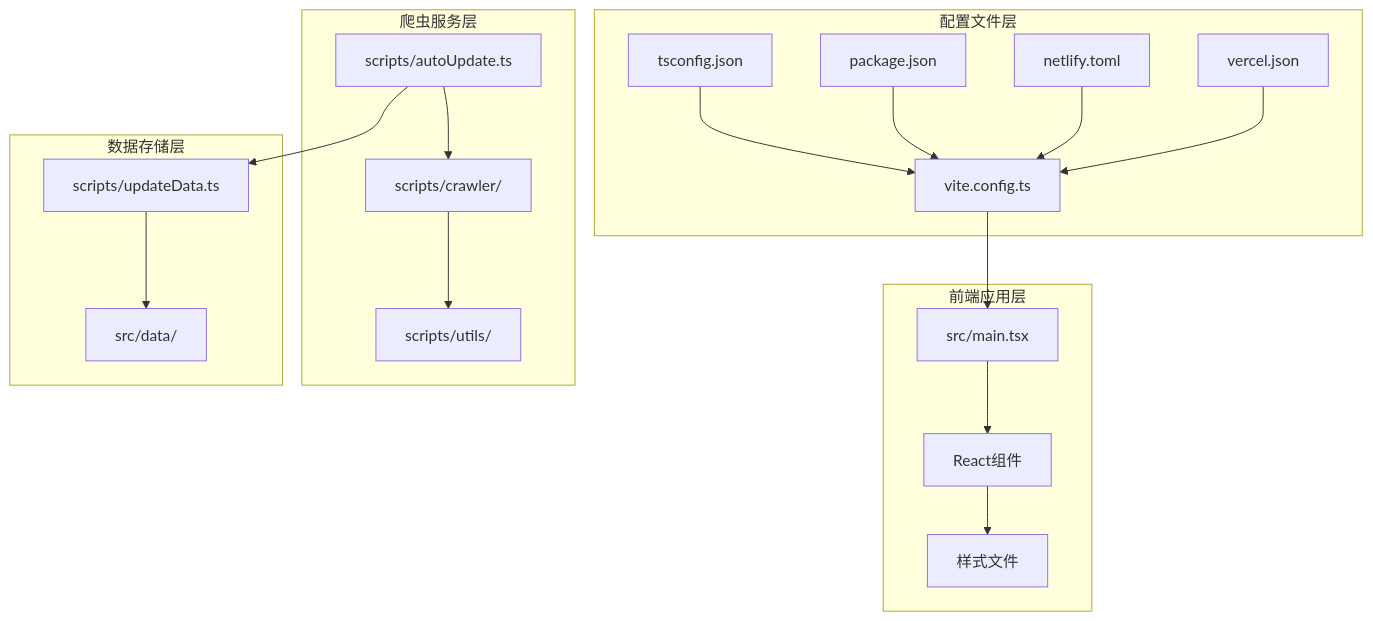
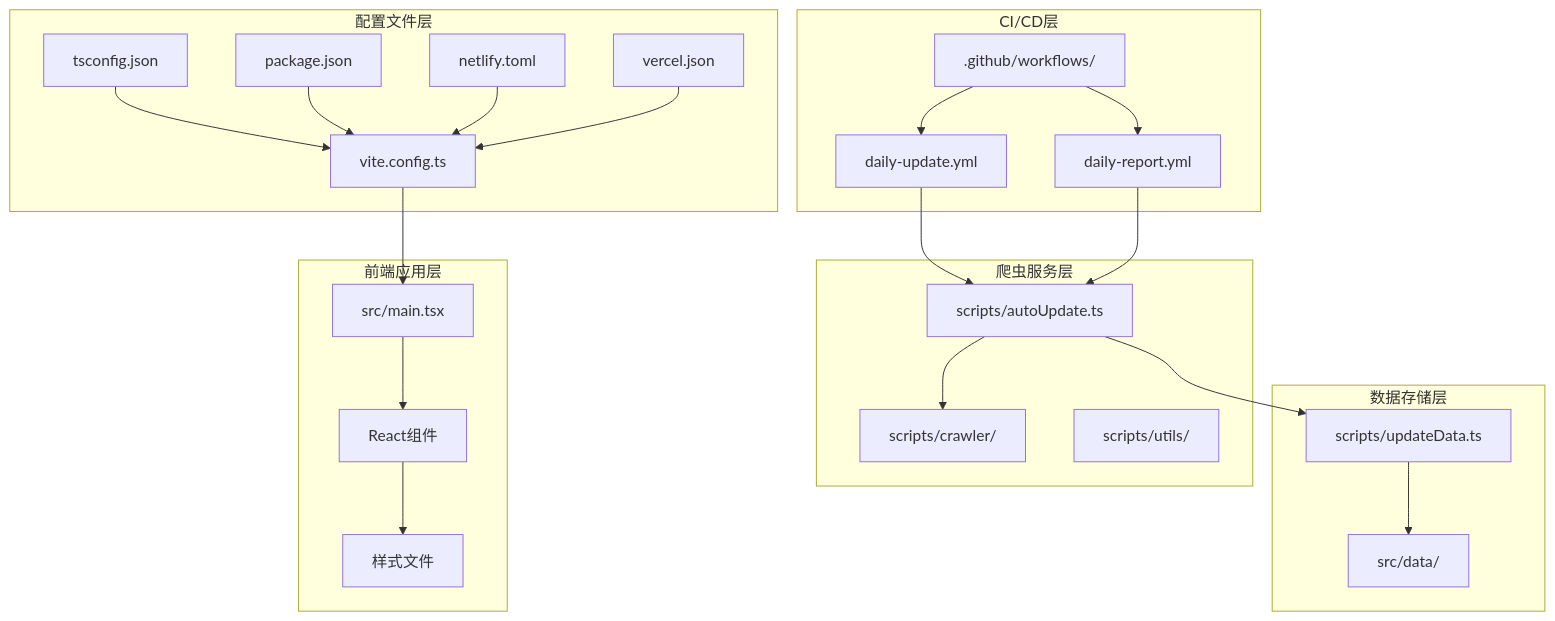
The first of 8 diagrams in .qoder/repowiki/zh/content/部署与维护/现代化部署配置.md (liangxuanliang-cmd/carbon-info-agent), drawn with Mermaid before and after one commit. The commit also changed other lines of this file and 5 other files, not shown here.

````diff
--- a/.qoder/repowiki/zh/content/部署与维护/现代化部署配置.md
+++ b/.qoder/repowiki/zh/content/部署与维护/现代化部署配置.md
@@ -58,35 +55,43 @@
 ```mermaid
 graph TB
 subgraph "前端应用层"
 A[src/main.tsx]
 B[React组件]
 C[样式文件]
 end
 subgraph "配置文件层"
 D[vite.config.ts]
 E[tsconfig.json]
 F[package.json]
 G[netlify.toml]
 H[vercel.json]
 end
+subgraph "CI/CD层"
+I[.github/workflows/]
+J[daily-update.yml]
+K[daily-report.yml]
+end
 subgraph "爬虫服务层"
-I[scripts/crawler/]
-J[scripts/utils/]
-K[scripts/autoUpdate.ts]
+L[scripts/crawler/]
+M[scripts/utils/]
+N[scripts/autoUpdate.ts]
 end
 subgraph "数据存储层"
-L[src/data/]
-M[scripts/updateData.ts]
+O[src/data/]
+P[scripts/updateData.ts]
 end
 A --> B
 B --> C
 D --> A
 E --> D
 F --> D
 G --> D
 H --> D
 I --> J
-K --> I
-K --> M
-M --> L
+I --> K
+J --> N
+K --> N
+N --> L
+N --> P
+P --> O
 ```
````
